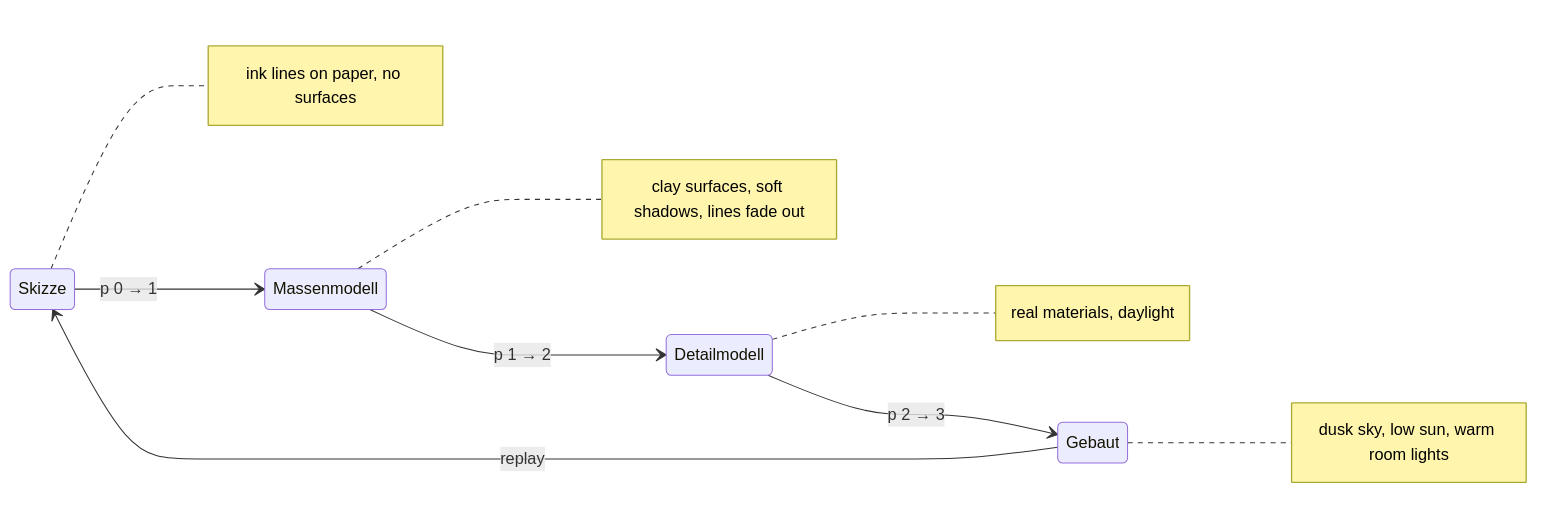
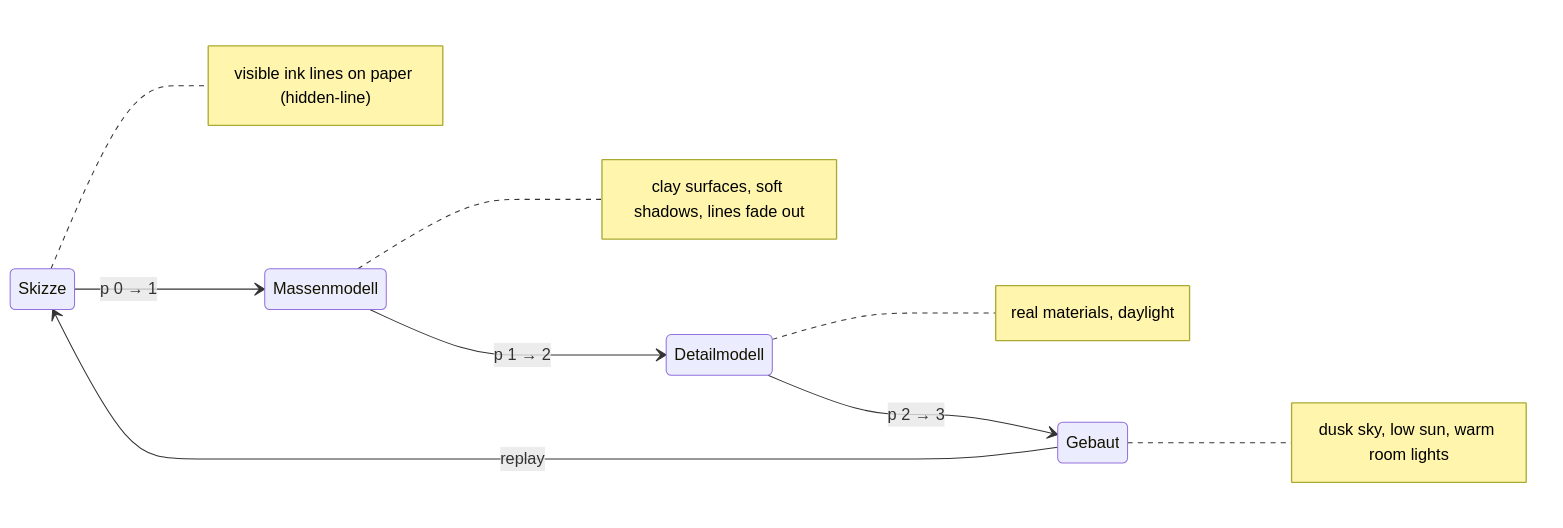
The second of 2 diagrams in specs/changes/three-js/domain.md (tillg/frechen_blender), drawn with Mermaid before and after one commit. The commit also changed other lines of this file and 7 other files, not shown here.

Commit message:
three-js spec: grill round 1 — hidden-line Skizze, windrose areas, shed battens, ADRs 001-003

````diff
--- a/specs/changes/three-js/domain.md
+++ b/specs/changes/three-js/domain.md
@@ -55,12 +56,12 @@
 ```mermaid
 stateDiagram-v2
     direction LR
     Skizze --> Massenmodell: p 0 → 1
     Massenmodell --> Detailmodell: p 1 → 2
     Detailmodell --> Gebaut: p 2 → 3
     Gebaut --> Skizze: replay
-    note right of Skizze: ink lines on paper, no surfaces
+    note right of Skizze: visible ink lines on paper (hidden-line)
     note right of Massenmodell: clay surfaces, soft shadows, lines fade out
     note right of Detailmodell: real materials, daylight
     note right of Gebaut: dusk sky, low sun, warm room lights
 ```
````
